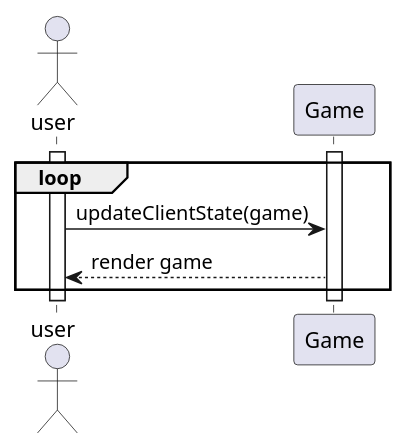
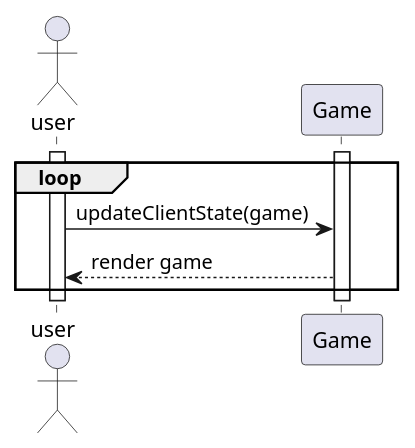
The diagram in doc/sequencediagrams/fr6.puml (PolyPong/PolyPong), drawn with PlantUML before and after one commit.

```diff
--- a/doc/sequencediagrams/fr6.puml
+++ b/doc/sequencediagrams/fr6.puml
@@ -1,19 +1,21 @@
 @startuml
 actor user
 
 participant Game as G
 
 
 activate user
 
 '        user -> G: begin game
 '        activate G
 '        G --> user: game
+
                 loop
+        activate G
                         user -> G: updateClientState(game)
                         G --> user: render game
                 end
-        activate G
+
                 deactivate G
 deactivate user
 @enduml
```
